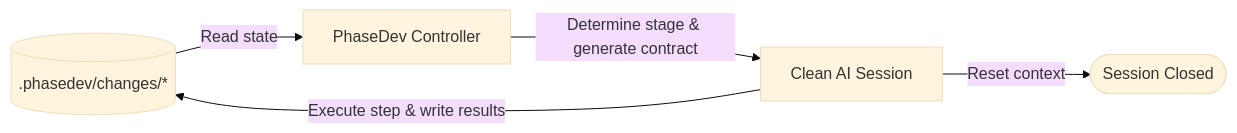
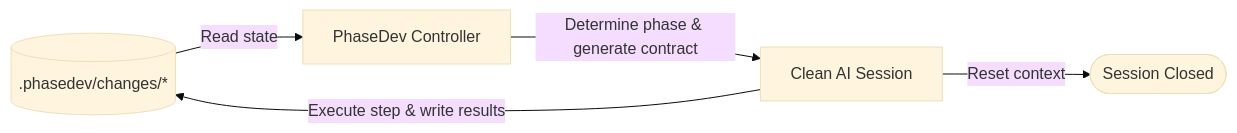
Before and after one commit to alexkorn22/phasedev-ai-framework: the diagram in README.md, drawn with Mermaid (base theme). The commit also changed other lines of this file and 57 other files, not shown here.

Commit message:
Rename "stage" terminology to "phase" across the codebase

````diff
--- a/README.md
+++ b/README.md
@@ -22,7 +22,7 @@
 ```mermaid
 flowchart LR
     StateFiles[(".phasedev/changes/*")] -->|Read state| Controller[PhaseDev Controller]
-    Controller -->|Determine stage & generate contract| Agent[Clean AI Session]
+    Controller -->|Determine phase & generate contract| Agent[Clean AI Session]
     Agent -->|Execute step & write results| StateFiles
     Agent -->|Reset context| End([Session Closed])
 ```
````
